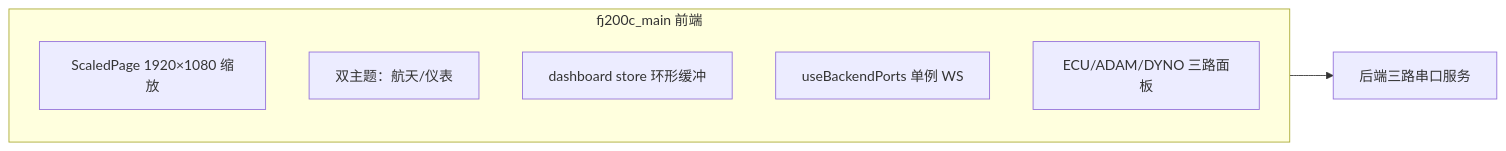
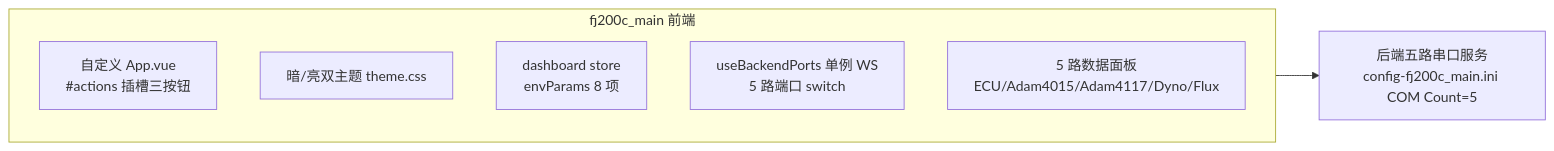
The second of 2 diagrams in docs/tutorial/05-前端逐应用精读.md (3123958139/RustWeb-Vue), drawn with Mermaid before and after one commit. The commit also changed other lines of this file and 8 other files, not shown here.

````diff
--- a/docs/tutorial/05-前端逐应用精读.md
+++ b/docs/tutorial/05-前端逐应用精读.md
@@ -613,11 +860,11 @@
 ```mermaid
 flowchart LR
     subgraph FJ[fj200c_main 前端]
-        A[ScaledPage 1920×1080 缩放]
-        B[双主题：航天/仪表]
-        C[dashboard store 环形缓冲]
-        D[useBackendPorts 单例 WS]
-        E[ECU/ADAM/DYNO 三路面板]
+        A[自定义 App.vue<br/>#actions 插槽三按钮]
+        B[暗/亮双主题 theme.css]
+        C[dashboard store<br/>envParams 8 项]
+        D[useBackendPorts 单例 WS<br/>5 路端口 switch]
+        E[5 路数据面板<br/>ECU/Adam4015/Adam4117/Dyno/Flux]
     end
-    FJ --> G[后端三路串口服务]
+    FJ --> G[后端五路串口服务<br/>config-fj200c_main.ini COM Count=5]
 ```
````
